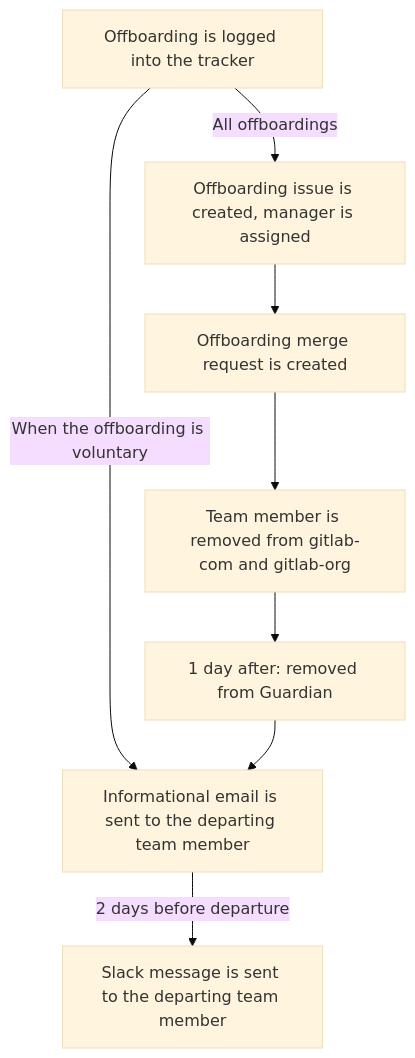
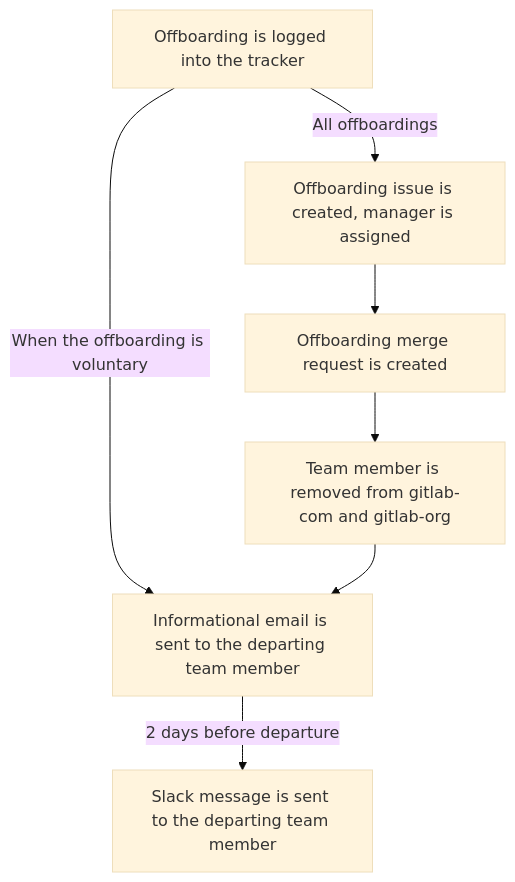
One commit to secretstartups/handbook changed the diagram in people-group/engineering/offboarding/index.html.md. Above: the diagram before and after it, drawn with Mermaid (base theme). The commit also changed other lines of this file, not shown here.

Commit message:
Remove Guardian from offboarding automation flow

````diff
--- a/people-group/engineering/offboarding/index.html.md
+++ b/people-group/engineering/offboarding/index.html.md
@@ -21,11 +21,10 @@
 ```mermaid
 graph TD
   A[Offboarding is logged into the tracker] --> |All offboardings| B
   A --> |When the offboarding is voluntary| G
   B[Offboarding issue is created, manager is assigned] --> C
   C[Offboarding merge request is created] --> D
-  D[Team member is removed from gitlab-com and gitlab-org] --> E
-  E[1 day after: removed from Guardian] --> G
+  D[Team member is removed from gitlab-com and gitlab-org] --> G
   G[Informational email is sent to the departing team member] --> |2 days before departure| H
   H[Slack message is sent to the departing team member]
 ```
````
